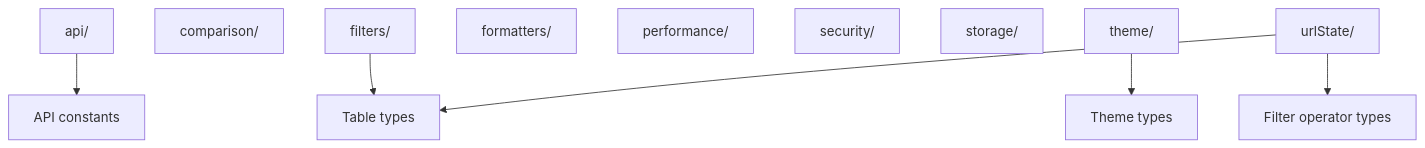
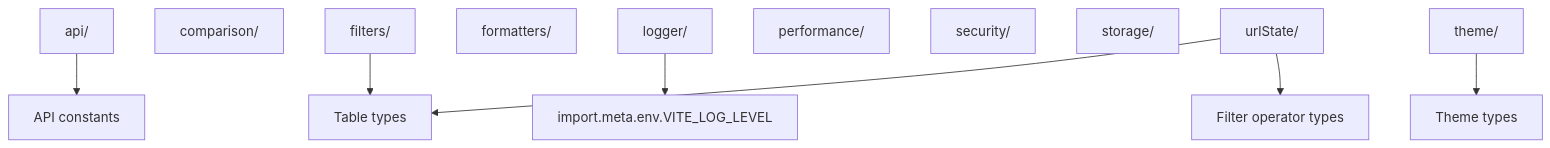
The diagram in src/utils/ARCHITECTURE.md (luciocabrera/lcabrera-stack), drawn with Mermaid before and after one commit. The commit also changed other lines of this file and 40 other files, not shown here.

````diff
--- a/src/utils/ARCHITECTURE.md
+++ b/src/utils/ARCHITECTURE.md
@@ -33,18 +35,20 @@
 ```mermaid
 graph TD
   API[api/]
   Comparison[comparison/]
   Filters[filters/]
   Formatters[formatters/]
+  Logger[logger/]
   Performance[performance/]
   Security[security/]
   Storage[storage/]
   Theme[theme/]
   URLState[urlState/]
 
   API --> Constants[API constants]
   Filters --> TableTypes[Table types]
+  Logger --> EnvVars[import.meta.env.VITE_LOG_LEVEL]
   URLState --> TableTypes
   URLState --> FilterTypes[Filter operator types]
   Theme --> ThemeTypes[Theme types]
 ```
````
